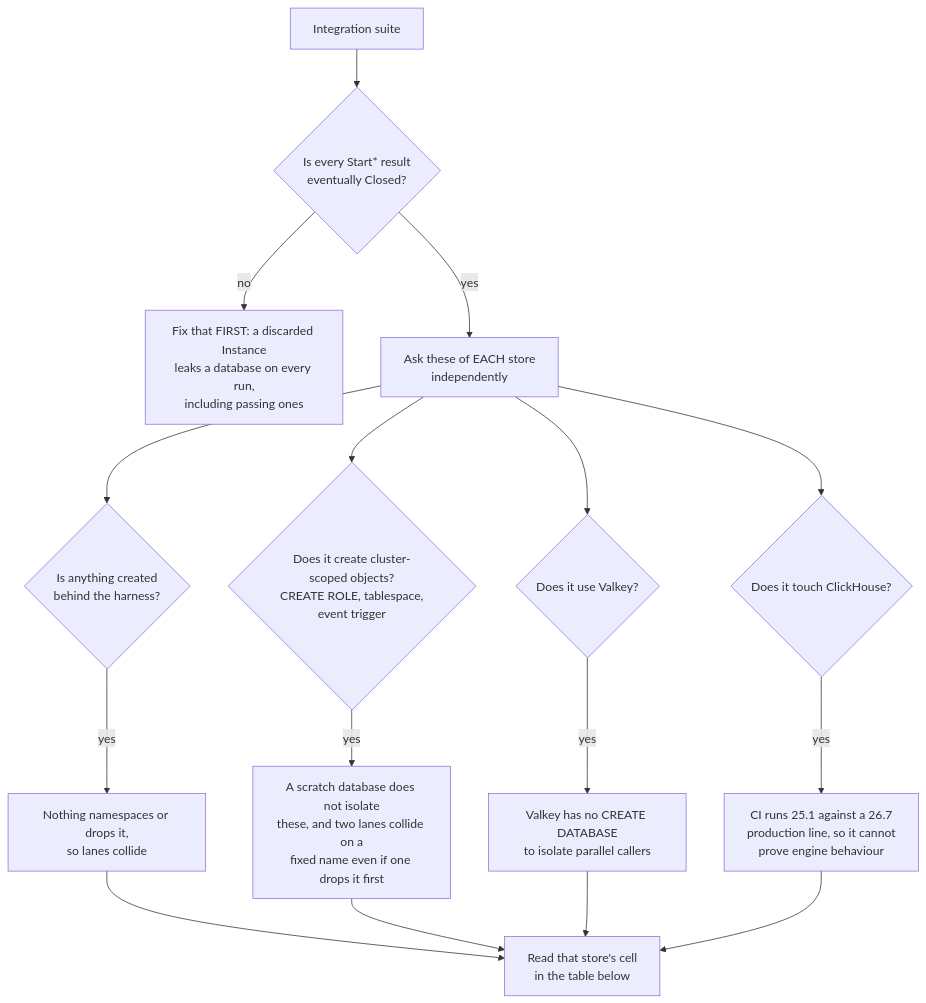
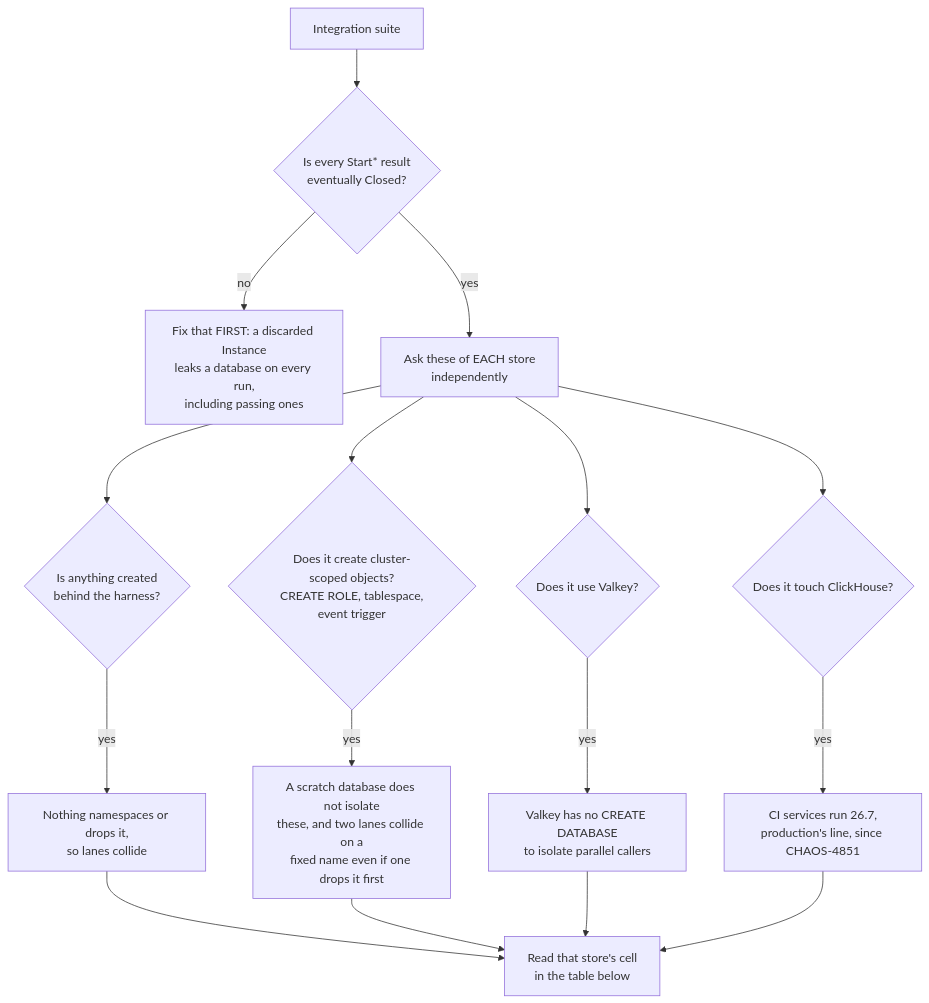
One commit to full-chaos/dev-health-ops changed the diagram in docs/contribute/development/integration-suite-targets.md. Above: the diagram before and after it, drawn with Mermaid. The commit also changed other lines of this file and 1 other file, not shown here.

````diff
--- a/docs/contribute/development/integration-suite-targets.md
+++ b/docs/contribute/development/integration-suite-targets.md
@@ -85,23 +88,23 @@
 ```mermaid
 flowchart TD
     A[Integration suite] --> P{Is every Start* result<br/>eventually Closed?}
     P -- no --> PF[Fix that FIRST: a discarded Instance<br/>leaks a database on every run,<br/>including passing ones]
     P -- yes --> Q[Ask these of EACH store<br/>independently]
 
     Q --> O{Is anything created<br/>behind the harness?}
     O -- yes --> O1[Nothing namespaces or drops it,<br/>so lanes collide]
 
     Q --> R{Does it create cluster-scoped objects?<br/>CREATE ROLE, tablespace,<br/>event trigger}
     R -- yes --> R1[A scratch database does not isolate<br/>these, and two lanes collide on a<br/>fixed name even if one drops it first]
 
     Q --> V{Does it use Valkey?}
     V -- yes --> V1[Valkey has no CREATE DATABASE<br/>to isolate parallel callers]
 
     Q --> C{Does it touch ClickHouse?}
-    C -- yes --> C1[CI runs 25.1 against a 26.7<br/>production line, so it cannot<br/>prove engine behaviour]
+    C -- yes --> C1[CI services run 26.7,<br/>production's line, since CHAOS-4851]
 
     O1 --> T[Read that store's cell<br/>in the table below]
     R1 --> T
     V1 --> T
     C1 --> T
 ```
````
